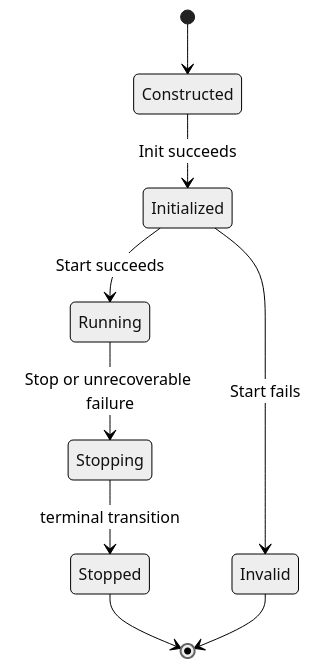
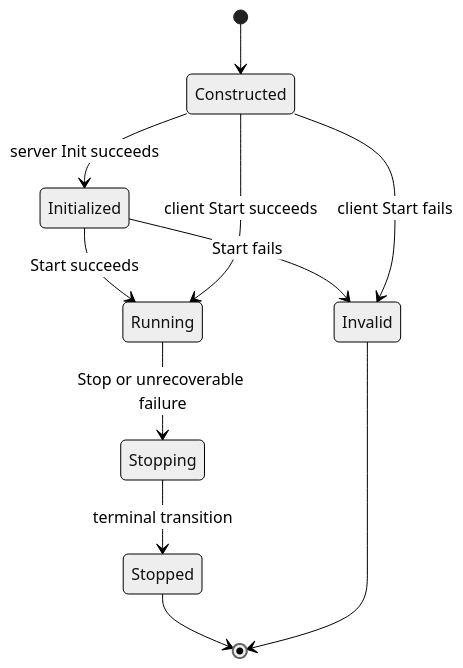
The first of 2 diagrams in Pontifex/Abstractions/Transports/RR/Reliable/Specification.md (FyodorZh/Pontifex), drawn with Mermaid (neutral theme) before and after one commit. The commit also changed other lines of this file and 11 other files, not shown here.

````diff
--- a/Pontifex/Abstractions/Transports/RR/Reliable/Specification.md
+++ b/Pontifex/Abstractions/Transports/RR/Reliable/Specification.md
@@ -189,11 +217,13 @@
 ```mermaid
 stateDiagram-v2
     [*] --> Constructed
-    Constructed --> Initialized: Init succeeds
+    Constructed --> Initialized: server Init succeeds
     Initialized --> Running: Start succeeds
+    Constructed --> Running: client Start succeeds
     Initialized --> Invalid: Start fails
+    Constructed --> Invalid: client Start fails
     Running --> Stopping: Stop or unrecoverable failure
     Stopping --> Stopped: terminal transition
     Stopped --> [*]
     Invalid --> [*]
 ```
````
